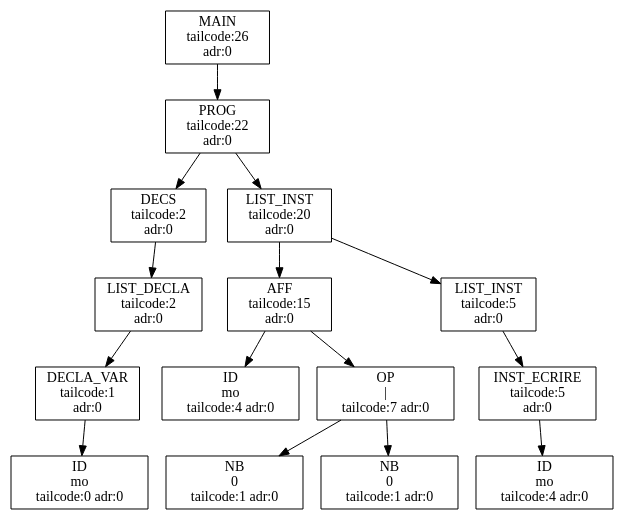
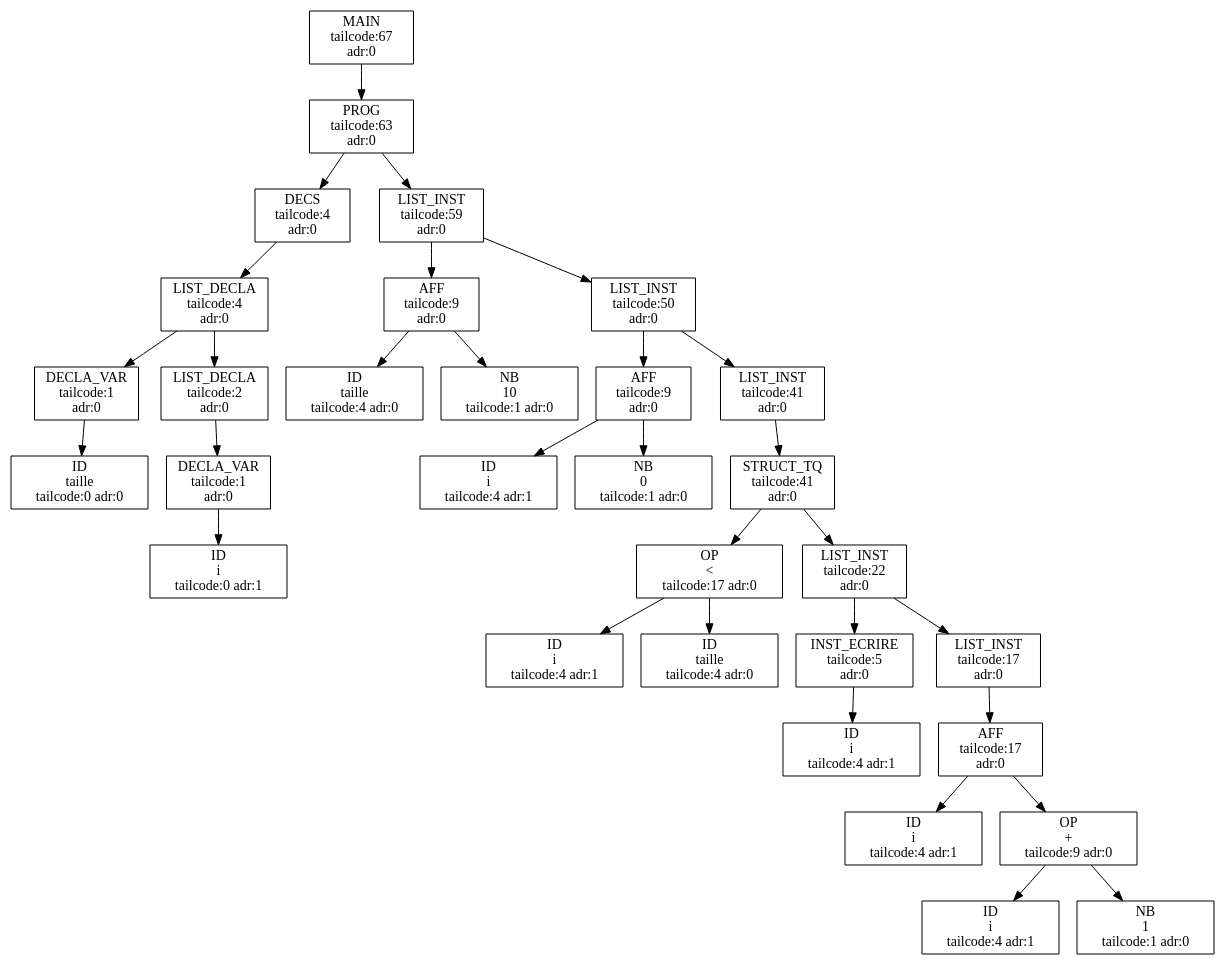
Before and after one commit to aswailem195/Projet-ARC--Algo-RAM-Compiler--20231213: the diagram in out/output.dot, drawn with Graphviz. The commit also changed 13 other files, not shown here.

```diff
--- a/out/output.dot
+++ b/out/output.dot
@@ -1,55 +1,111 @@
 digraph ASA {
-node0x55ae027a9a70 [label="MAIN
- tailcode:26 
+node0x558834a59e70 [label="MAIN
+ tailcode:67 
  adr:0 \n", shape=box];
-node0x55ae027a9a70 -> node0x55ae027a9a30;
-node0x55ae027a9a30 [label="PROG
+node0x558834a59e70 -> node0x558834a59e30;
+node0x558834a59e30 [label="PROG
+ tailcode:63 
+ adr:0 \n", shape=box];
+node0x558834a59e30 -> node0x558834a59870;
+node0x558834a59870 [label="DECS
+ tailcode:4 
+ adr:0 \n", shape=box];
+node0x558834a59870 -> node0x558834a59830;
+node0x558834a59830 [label="LIST_DECLA
+ tailcode:4 
+ adr:0 \n", shape=box];
+node0x558834a59830 -> node0x558834a596f0;
+node0x558834a596f0 [label="DECLA_VAR
+ tailcode:1 
+ adr:0 \n", shape=box];
+node0x558834a596f0 -> node0x558834a59730;
+node0x558834a59730 [label="ID\ntaille
+ tailcode:0 adr:0 \n", shape=box];
+node0x558834a59830 -> node0x558834a597f0;
+node0x558834a597f0 [label="LIST_DECLA
+ tailcode:2 
+ adr:0 \n", shape=box];
+node0x558834a597f0 -> node0x558834a59770;
+node0x558834a59770 [label="DECLA_VAR
+ tailcode:1 
+ adr:0 \n", shape=box];
+node0x558834a59770 -> node0x558834a597b0;
+node0x558834a597b0 [label="ID\ni
+ tailcode:0 adr:1 \n", shape=box];
+node0x558834a59e30 -> node0x558834a59df0;
+node0x558834a59df0 [label="LIST_INST
+ tailcode:59 
+ adr:0 \n", shape=box];
+node0x558834a59df0 -> node0x558834a598f0;
+node0x558834a598f0 [label="AFF
+ tailcode:9 
+ adr:0 \n", shape=box];
+node0x558834a598f0 -> node0x558834a59930;
+node0x558834a59930 [label="ID\ntaille
+ tailcode:4 adr:0 \n", shape=box];
+node0x558834a598f0 -> node0x558834a598b0;
+node0x558834a598b0 [label="NB\n10 
+ tailcode:1 adr:0 \n", shape=box];
+node0x558834a59df0 -> node0x558834a59db0;
+node0x558834a59db0 [label="LIST_INST
+ tailcode:50 
+ adr:0 \n", shape=box];
+node0x558834a59db0 -> node0x558834a599b0;
+node0x558834a599b0 [label="AFF
+ tailcode:9 
+ adr:0 \n", shape=box];
+node0x558834a599b0 -> node0x558834a599f0;
+node0x558834a599f0 [label="ID\ni
+ tailcode:4 adr:1 \n", shape=box];
+node0x558834a599b0 -> node0x558834a59970;
+node0x558834a59970 [label="NB\n0 
+ tailcode:1 adr:0 \n", shape=box];
+node0x558834a59db0 -> node0x558834a59d70;
+node0x558834a59d70 [label="LIST_INST
+ tailcode:41 
+ adr:0 \n", shape=box];
+node0x558834a59d70 -> node0x558834a59d30;
+node0x558834a59d30 [label="STRUCT_TQ
+ tailcode:41 
+ adr:0 \n", shape=box];
+node0x558834a59d30 -> node0x558834a59ab0;
+node0x558834a59ab0 [label="OP\n< 
+ tailcode:17 adr:0 \n", shape=box];
+node0x558834a59ab0 -> node0x558834a59a30;
+node0x558834a59a30 [label="ID\ni
+ tailcode:4 adr:1 \n", shape=box];
+node0x558834a59ab0 -> node0x558834a59a70;
+node0x558834a59a70 [label="ID\ntaille
+ tailcode:4 adr:0 \n", shape=box];
+node0x558834a59d30 -> node0x558834a59cf0;
+node0x558834a59cf0 [label="LIST_INST
  tailcode:22 
  adr:0 \n", shape=box];
-node0x55ae027a9a30 -> node0x55ae027a97b0;
-node0x55ae027a97b0 [label="DECS
- tailcode:2 
- adr:0 \n", shape=box];
-node0x55ae027a97b0 -> node0x55ae027a9770;
-node0x55ae027a9770 [label="LIST_DECLA
- tailcode:2 
- adr:0 \n", shape=box];
-node0x55ae027a9770 -> node0x55ae027a96f0;
-node0x55ae027a96f0 [label="DECLA_VAR
- tailcode:1 
- adr:0 \n", shape=box];
-node0x55ae027a96f0 -> node0x55ae027a9730;
-node0x55ae027a9730 [label="ID\nmo
- tailcode:0 adr:0 \n", shape=box];
-node0x55ae027a9a30 -> node0x55ae027a99f0;
-node0x55ae027a99f0 [label="LIST_INST
- tailcode:20 
- adr:0 \n", shape=box];
-node0x55ae027a99f0 -> node0x55ae027a98b0;
-node0x55ae027a98b0 [label="AFF
- tailcode:15 
- adr:0 \n", shape=box];
-node0x55ae027a98b0 -> node0x55ae027a98f0;
-node0x55ae027a98f0 [label="ID\nmo
- tailcode:4 adr:0 \n", shape=box];
-node0x55ae027a98b0 -> node0x55ae027a9870;
-node0x55ae027a9870 [label="OP\n| 
- tailcode:7 adr:0 \n", shape=box];
-node0x55ae027a9870 -> node0x55ae027a97f0;
-node0x55ae027a97f0 [label="NB\n0 
- tailcode:1 adr:0 \n", shape=box];
-node0x55ae027a9870 -> node0x55ae027a9830;
-node0x55ae027a9830 [label="NB\n0 
- tailcode:1 adr:0 \n", shape=box];
-node0x55ae027a99f0 -> node0x55ae027a99b0;
-node0x55ae027a99b0 [label="LIST_INST
+node0x558834a59cf0 -> node0x558834a59b30;
+node0x558834a59b30 [label="INST_ECRIRE
  tailcode:5 
  adr:0 \n", shape=box];
-node0x55ae027a99b0 -> node0x55ae027a9970;
-node0x55ae027a9970 [label="INST_ECRIRE
- tailcode:5 
+node0x558834a59b30 -> node0x558834a59af0;
+node0x558834a59af0 [label="ID\ni
+ tailcode:4 adr:1 \n", shape=box];
+node0x558834a59cf0 -> node0x558834a59cb0;
+node0x558834a59cb0 [label="LIST_INST
+ tailcode:17 
  adr:0 \n", shape=box];
-node0x55ae027a9970 -> node0x55ae027a9930;
-node0x55ae027a9930 [label="ID\nmo
- tailcode:4 adr:0 \n", shape=box];
+node0x558834a59cb0 -> node0x558834a59c30;
+node0x558834a59c30 [label="AFF
+ tailcode:17 
+ adr:0 \n", shape=box];
+node0x558834a59c30 -> node0x558834a59c70;
+node0x558834a59c70 [label="ID\ni
+ tailcode:4 adr:1 \n", shape=box];
+node0x558834a59c30 -> node0x558834a59bf0;
+node0x558834a59bf0 [label="OP\n+ 
+ tailcode:9 adr:0 \n", shape=box];
+node0x558834a59bf0 -> node0x558834a59b70;
+node0x558834a59b70 [label="ID\ni
+ tailcode:4 adr:1 \n", shape=box];
+node0x558834a59bf0 -> node0x558834a59bb0;
+node0x558834a59bb0 [label="NB\n1 
+ tailcode:1 adr:0 \n", shape=box];
 }
```
